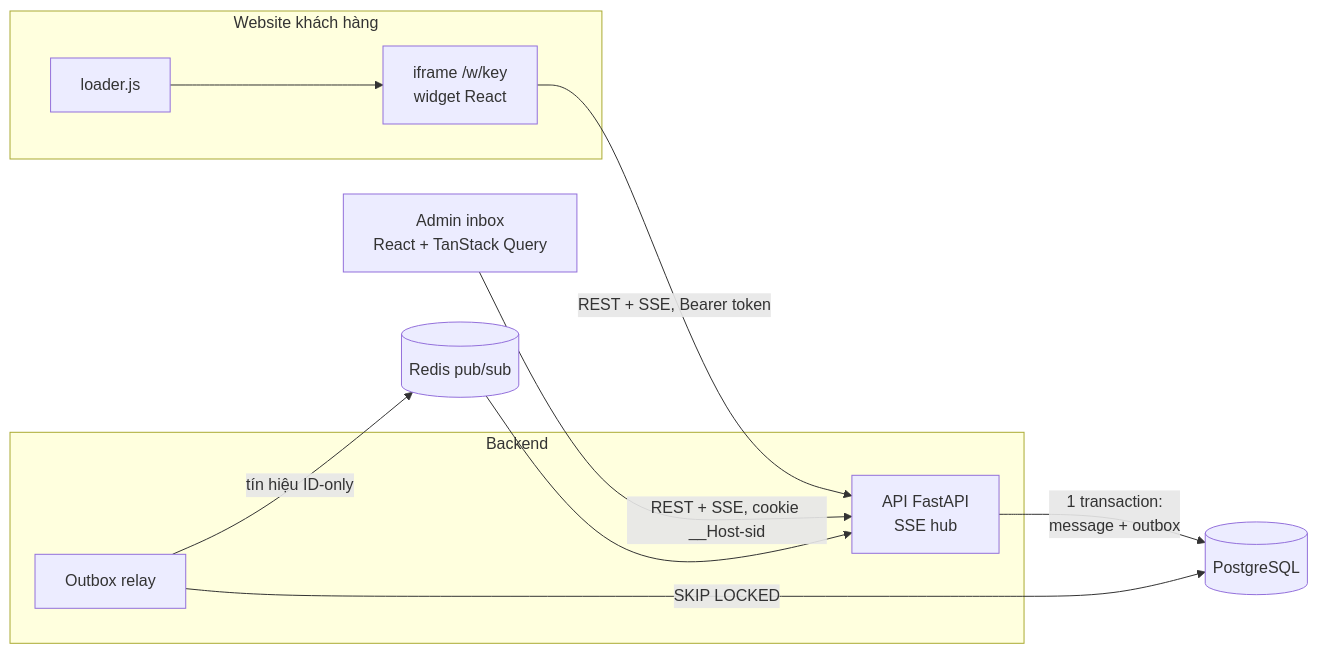
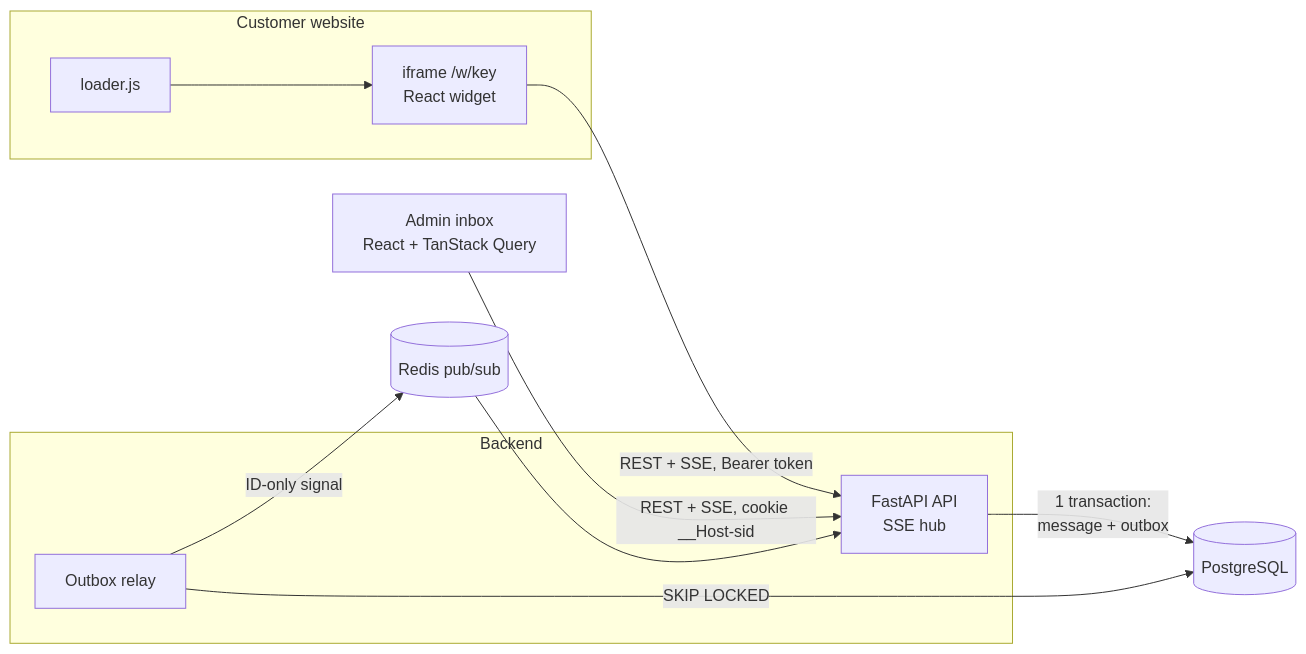
Before and after one commit to ziu222/assistance-chatbot: the diagram in README.md, drawn with Mermaid. The commit also changed other lines of this file, not shown here.

````diff
--- a/README.md
+++ b/README.md
@@ -11,17 +16,17 @@
 ```mermaid
 flowchart LR
-    subgraph Host[Website khách hàng]
-        L[loader.js] --> IF[iframe /w/key<br/>widget React]
+    subgraph Host[Customer website]
+        L[loader.js] --> IF[iframe /w/key<br/>React widget]
     end
     ADM[Admin inbox<br/>React + TanStack Query]
     IF -- REST + SSE, Bearer token --> API
     ADM -- REST + SSE, cookie __Host-sid --> API
     subgraph Backend
-        API[API FastAPI<br/>SSE hub]
+        API[FastAPI API<br/>SSE hub]
         RLY[Outbox relay]
     end
     API -- 1 transaction:<br/>message + outbox --> PG[(PostgreSQL)]
     RLY -- SKIP LOCKED --> PG
-    RLY -- tín hiệu ID-only --> R[(Redis pub/sub)]
+    RLY -- ID-only signal --> R[(Redis pub/sub)]
     R --> API
 ```
````
